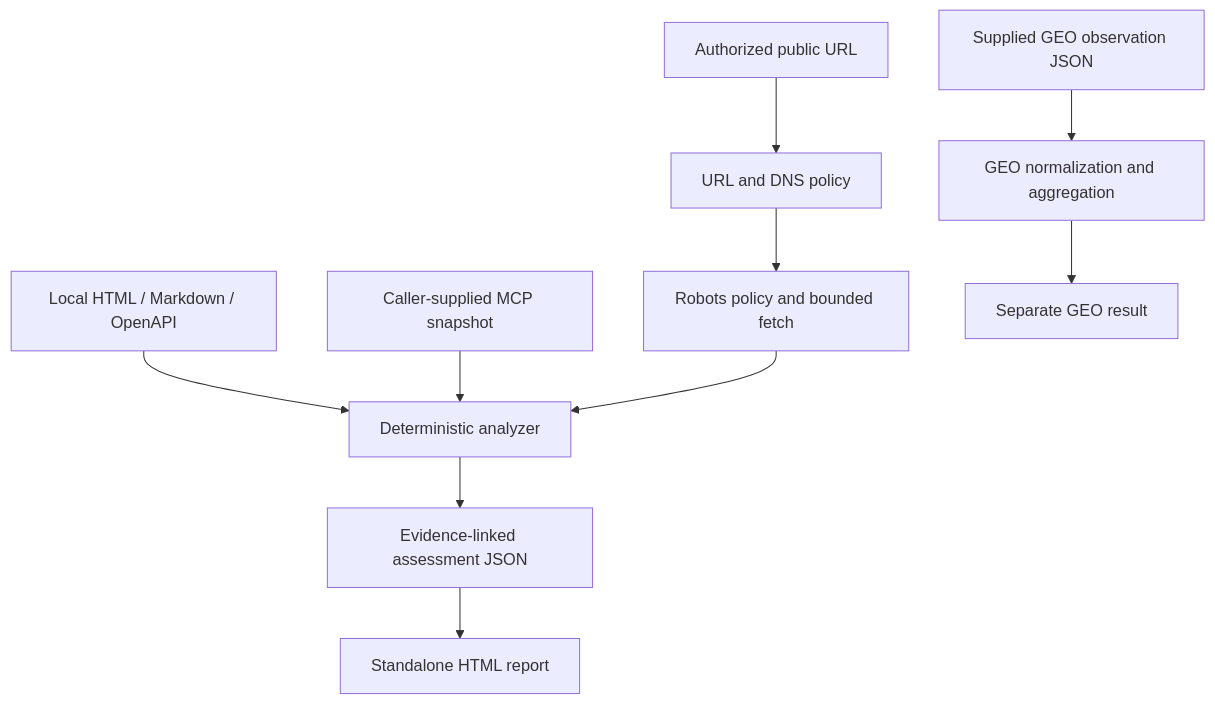
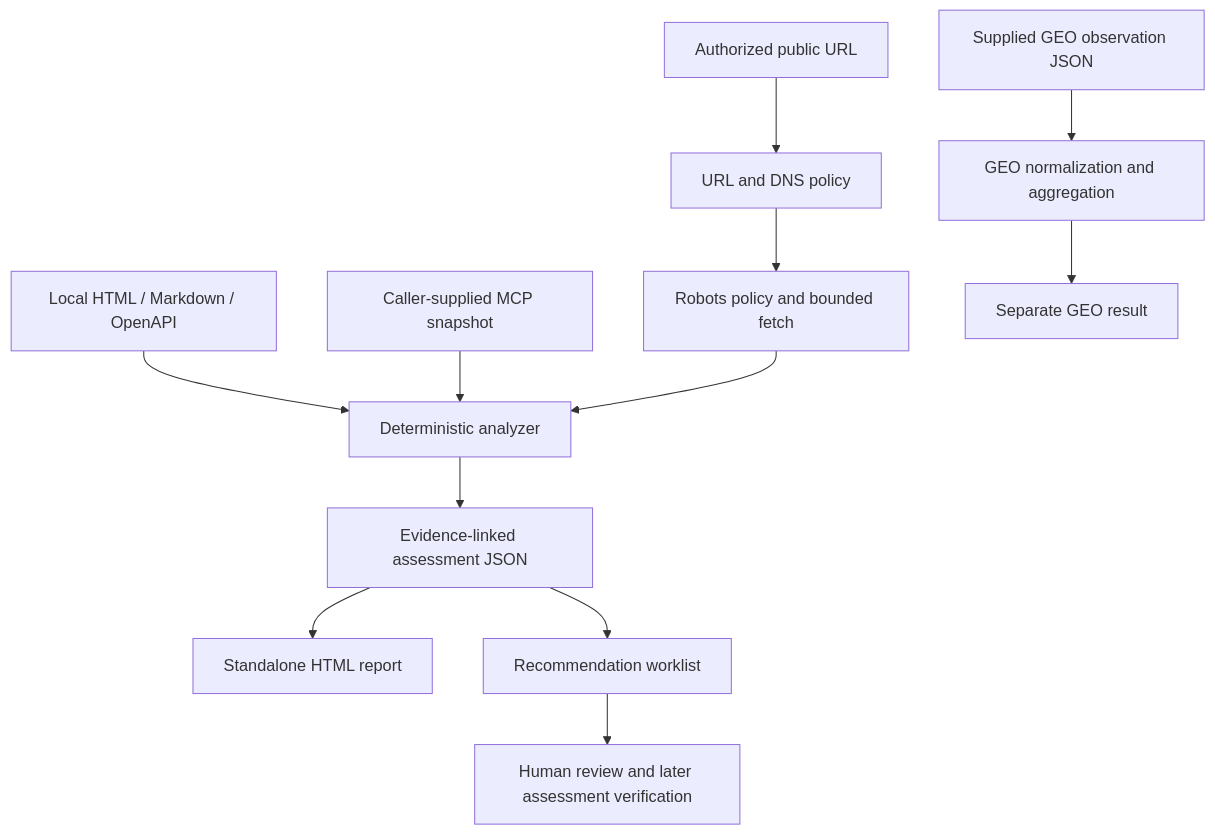
Before and after one commit to LloydCoder/tinlance-searqon: the diagram in README.md, drawn with Mermaid. The commit also changed other lines of this file, not shown here.

Commit message:
docs: reflect alert delivery and recommendation capabilities

````diff
--- a/README.md
+++ b/README.md
@@ -27,12 +27,14 @@
 ```mermaid
 flowchart TD
   A[Local HTML / Markdown / OpenAPI] --> B[Deterministic analyzer]
   C[Caller-supplied MCP snapshot] --> B
   D[Authorized public URL] --> E[URL and DNS policy]
   E --> F[Robots policy and bounded fetch]
   F --> B
   G[Supplied GEO observation JSON] --> H[GEO normalization and aggregation]
   B --> I[Evidence-linked assessment JSON]
   I --> J[Standalone HTML report]
   H --> K[Separate GEO result]
+  I --> L[Recommendation worklist]
+  L --> M[Human review and later assessment verification]
 ```
````
